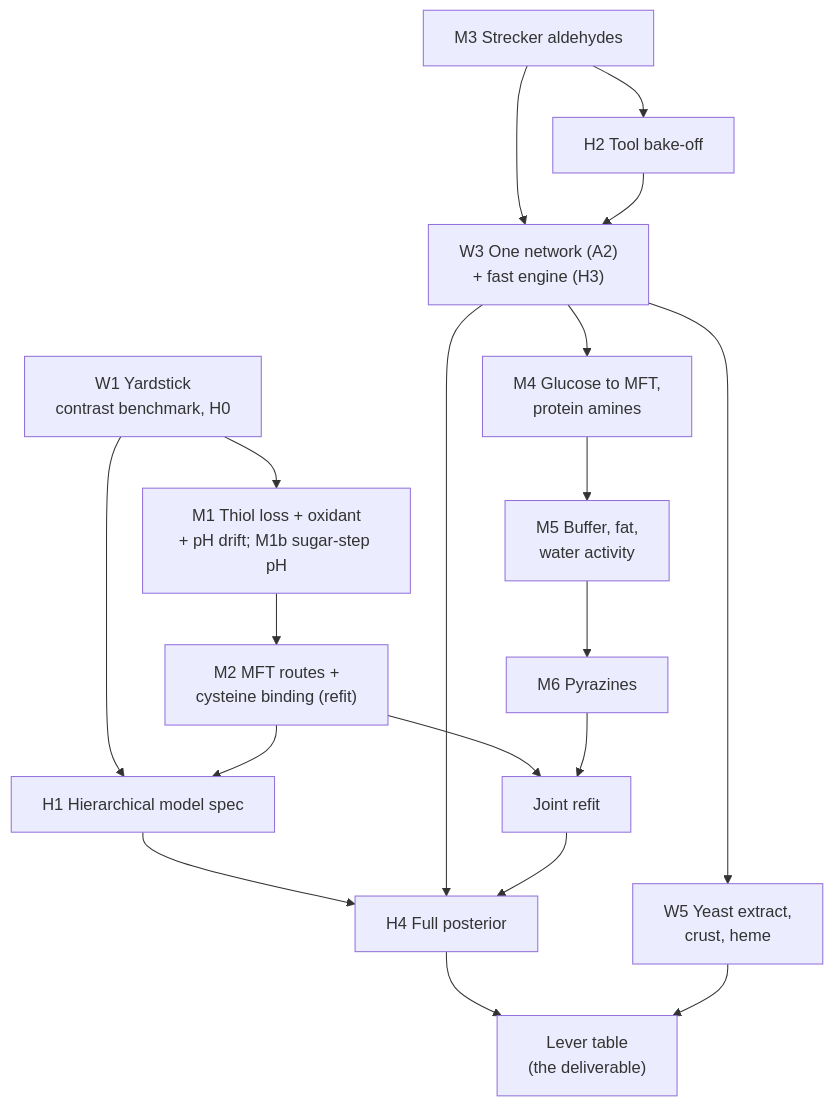
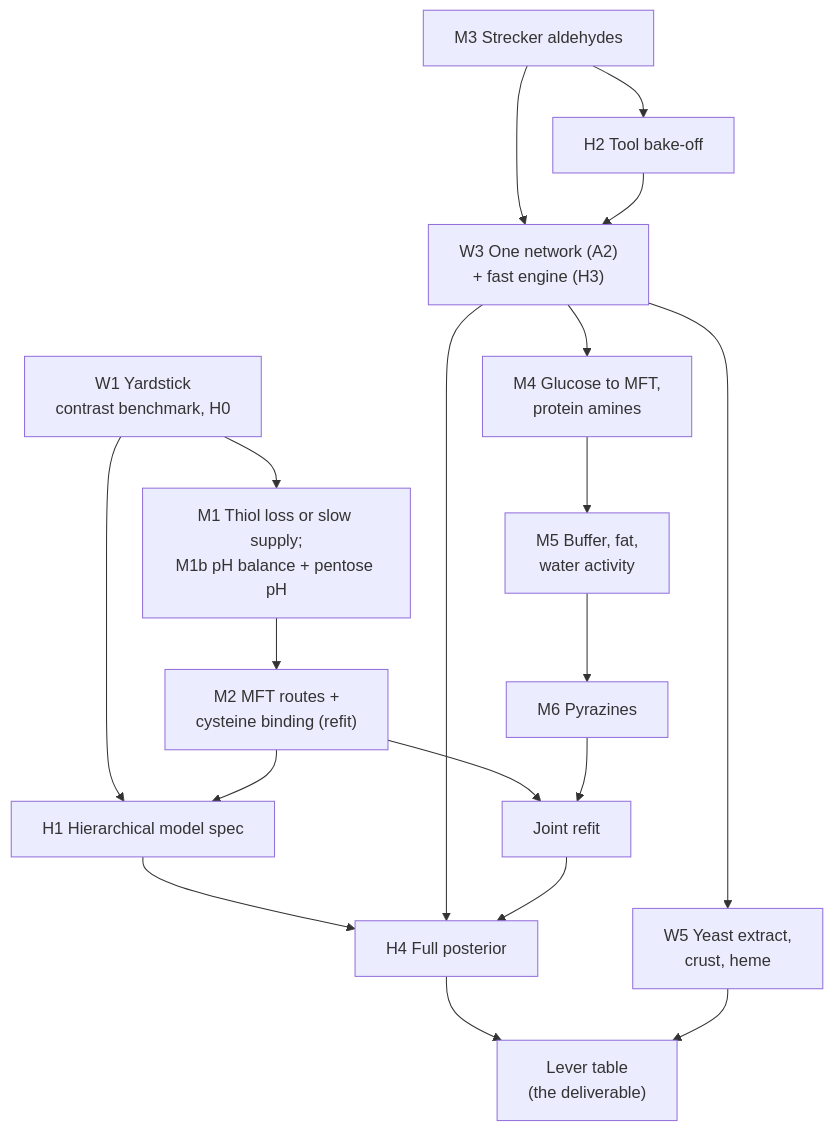
Before and after one commit to PabloAMC/Maillard: the diagram in docs/guides/STATUS_AND_PLAN.md, drawn with Mermaid. The commit also changed other lines of this file and 6 other files, not shown here.

````diff
--- a/docs/guides/STATUS_AND_PLAN.md
+++ b/docs/guides/STATUS_AND_PLAN.md
@@ -81,27 +81,27 @@
 ```mermaid
 graph TD
     W1["W1 Yardstick<br/>contrast benchmark, H0"]
-    M1["M1 Thiol loss + oxidant<br/>+ pH drift; M1b sugar-step pH"]
+    M1["M1 Thiol loss or slow supply;<br/>M1b pH balance + pentose pH"]
     M2["M2 MFT routes +<br/>cysteine binding (refit)"]
     M3["M3 Strecker aldehydes"]
     W3["W3 One network (A2)<br/>+ fast engine (H3)"]
     M4["M4 Glucose to MFT,<br/>protein amines"]
     M5["M5 Buffer, fat,<br/>water activity"]
     M6["M6 Pyrazines"]
     JR["Joint refit"]
     H1["H1 Hierarchical model spec"]
     H2["H2 Tool bake-off"]
     H4["H4 Full posterior"]
     W5a["W5 Yeast extract,<br/>crust, heme"]
     LT["Lever table<br/>(the deliverable)"]
 
     W1 --> M1 --> M2 --> JR
     M3 --> W3
     M3 --> H2 --> W3
     W3 --> M4 --> M5 --> M6 --> JR
     W1 --> H1
     M2 --> H1 --> H4
     W3 --> H4
     JR --> H4 --> LT
     W3 --> W5a --> LT
 ```
````
